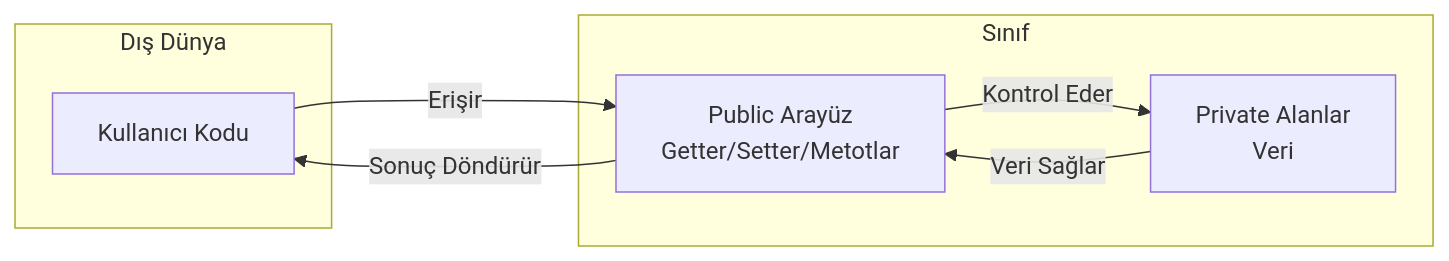
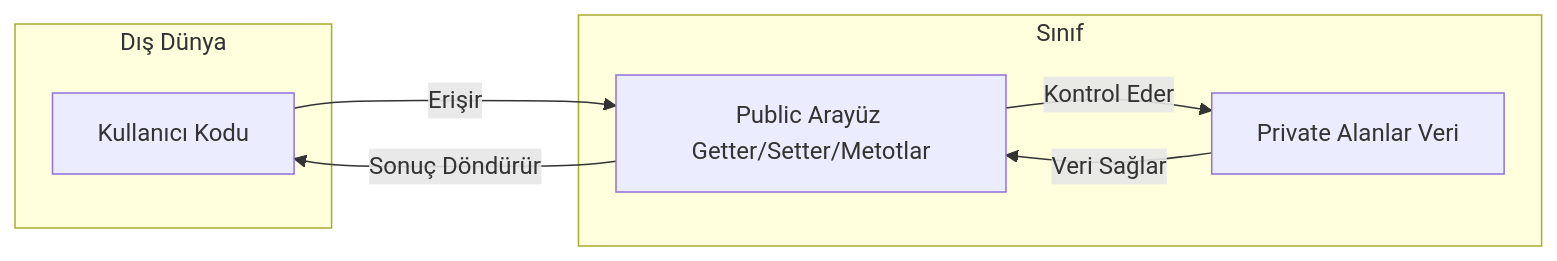
The second of 2 diagrams in chapters/bolum-17/draft_versions/v001.md (bmdersleri/bookMaker), drawn with Mermaid before and after one commit. The commit also changed other lines of this file and 81 other files, not shown here.

Commit message:
fix: F-007 4/58 Mermaid parse hatasi duzeltildi + F-008 bolum uzunlugu kabul edildi + PS7 zorunlu yapilandirma

````diff
--- a/chapters/bolum-17/draft_versions/v001.md
+++ b/chapters/bolum-17/draft_versions/v001.md
@@ -707,14 +710,14 @@
 ```mermaid
 graph LR
     subgraph Dış Dünya
         A[Kullanıcı Kodu]
     end
     subgraph Sınıf
-        B[Public Arayüz<br/>Getter/Setter/Metotlar]
-        C[Private Alanlar<br/>Veri]
+        B[Public Arayüz Getter/Setter/Metotlar]
+        C[Private Alanlar Veri]
     end
     A -->|Erişir| B
     B -->|Kontrol Eder| C
     C -->|Veri Sağlar| B
     B -->|Sonuç Döndürür| A
 ```
````
